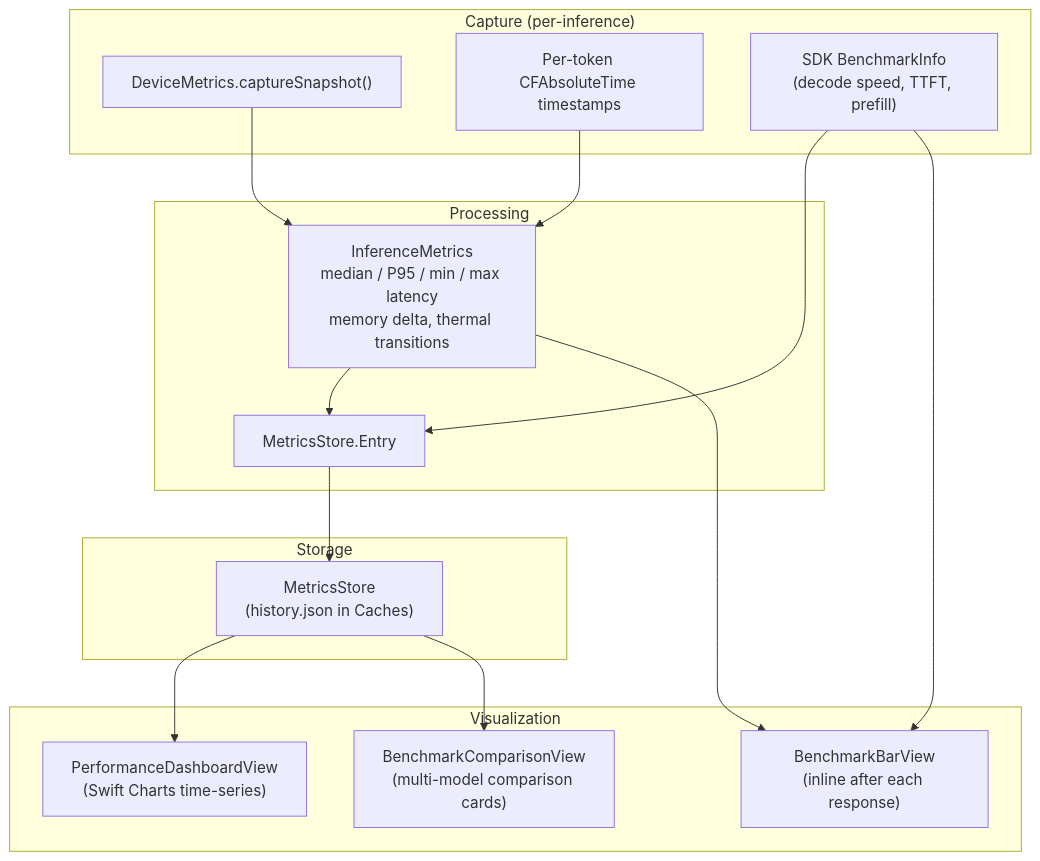
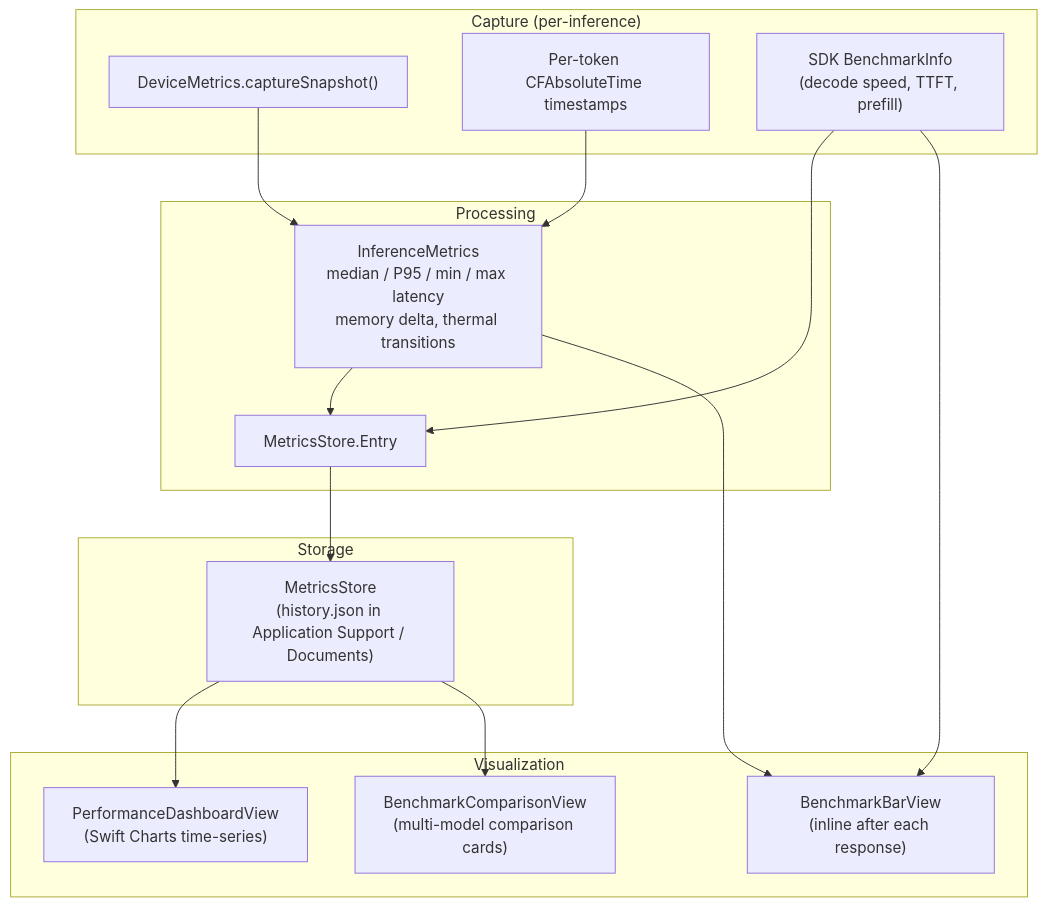
Before and after one commit to AndrewVoirol/edge-ai-lab: the fourth of 8 diagrams in ARCHITECTURE.md, drawn with Mermaid. The commit also changed other lines of this file and 40 other files, not shown here.

````diff
--- a/ARCHITECTURE.md
+++ b/ARCHITECTURE.md
@@ -324,30 +362,30 @@
 ```mermaid
 flowchart TB
     subgraph "Capture (per-inference)"
         S1["DeviceMetrics.captureSnapshot()"]
         S2["Per-token CFAbsoluteTime timestamps"]
         S3["SDK BenchmarkInfo<br/>(decode speed, TTFT, prefill)"]
     end
 
     subgraph "Processing"
         IM["InferenceMetrics<br/>median / P95 / min / max latency<br/>memory delta, thermal transitions"]
         ME["MetricsStore.Entry"]
     end
 
     subgraph "Storage"
-        MS["MetricsStore<br/>(history.json in Caches)"]
+        MS["MetricsStore<br/>(history.json in Application Support / Documents)"]
     end
 
     subgraph "Visualization"
         BBV["BenchmarkBarView<br/>(inline after each response)"]
         PDV["PerformanceDashboardView<br/>(Swift Charts time-series)"]
         BCV["BenchmarkComparisonView<br/>(multi-model comparison cards)"]
     end
 
     S1 & S2 --> IM
     S3 & IM --> ME
     ME --> MS
 
     MS --> PDV & BCV
     IM & S3 --> BBV
 ```
````
